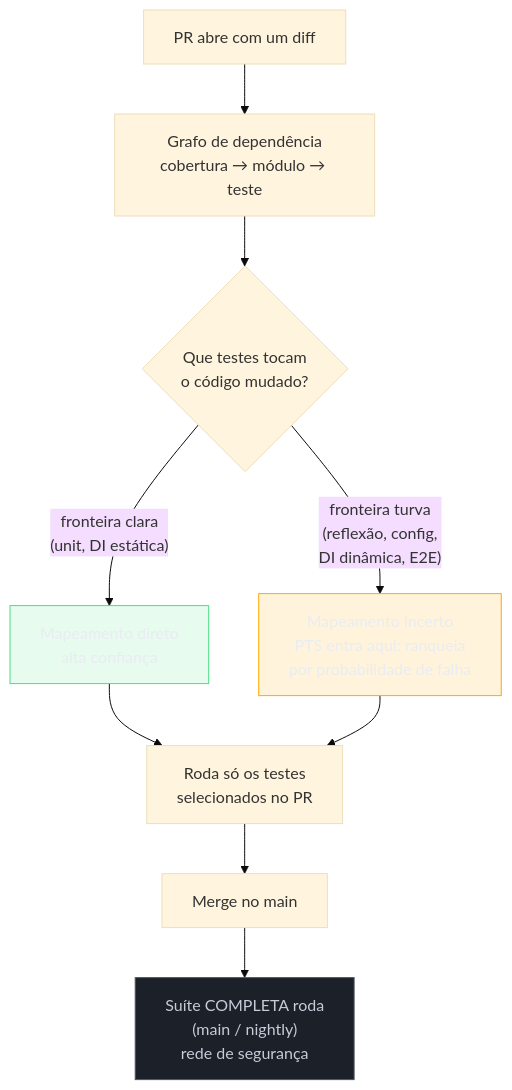
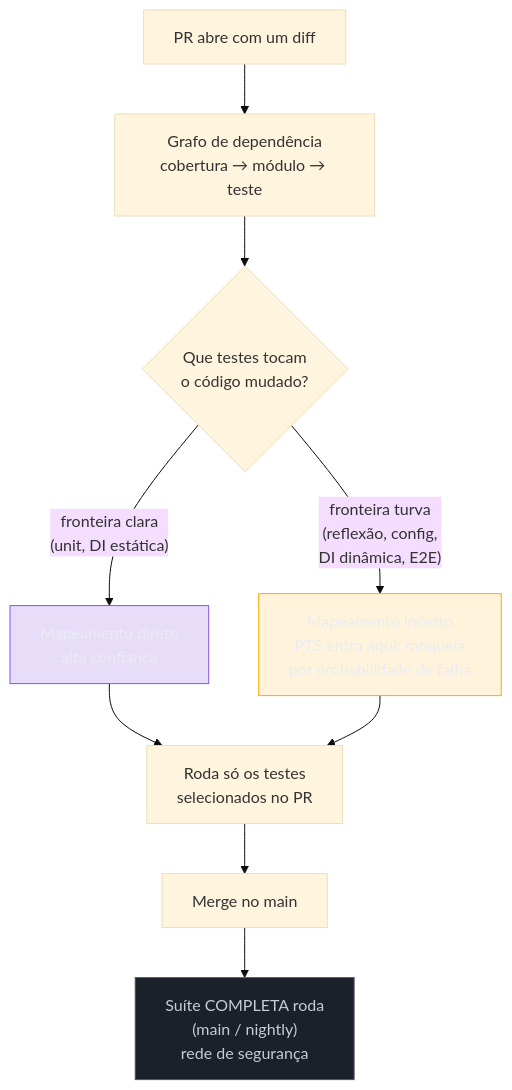
One commit to josenaldo/codex-technomanticus changed the fifth of 8 diagrams in 03-Dominios/Engenharia/Testes/15 - Testes em CI-CD.md. Above: the diagram before and after it, drawn with Mermaid (base theme). The commit also changed other lines of this file and 601 other files, not shown here.

````diff
--- a/03-Dominios/Engenharia/Testes/15 - Testes em CI-CD.md
+++ b/03-Dominios/Engenharia/Testes/15 - Testes em CI-CD.md
@@ -178,17 +178,17 @@
 ```mermaid
 flowchart TD
-    classDef ok fill:#4ADE8021,stroke:#4ADE80,color:#E9ECF2
+    classDef marca fill:#8855DF33,stroke:#8855DF,color:#E9ECF2
     classDef destaque fill:#FFAA0024,stroke:#FFAA00,color:#E9ECF2
     classDef neutro fill:#1B2029,stroke:#4E5666,color:#C6CCD8
     Diff["PR abre com um diff"] --> Graph["Grafo de dependência<br/>cobertura → módulo → teste"]
     Graph --> Q{"Que testes tocam<br/>o código mudado?"}
     Q -->|"fronteira clara<br/>(unit, DI estática)"| Direct["Mapeamento direto<br/>alta confiança"]
     Q -->|"fronteira turva<br/>(reflexão, config,<br/>DI dinâmica, E2E)"| Fuzzy["Mapeamento incerto<br/>PTS entra aqui: ranqueia<br/>por probabilidade de falha"]
     Direct --> Run["Roda só os testes<br/>selecionados no PR"]
     Fuzzy --> Run
     Run --> Merge["Merge no main"]
     Merge --> Full["Suíte COMPLETA roda<br/>(main / nightly)<br/>rede de segurança"]
-    class Direct ok
+    class Direct marca
     class Fuzzy destaque
     class Full neutro
 ```
````
